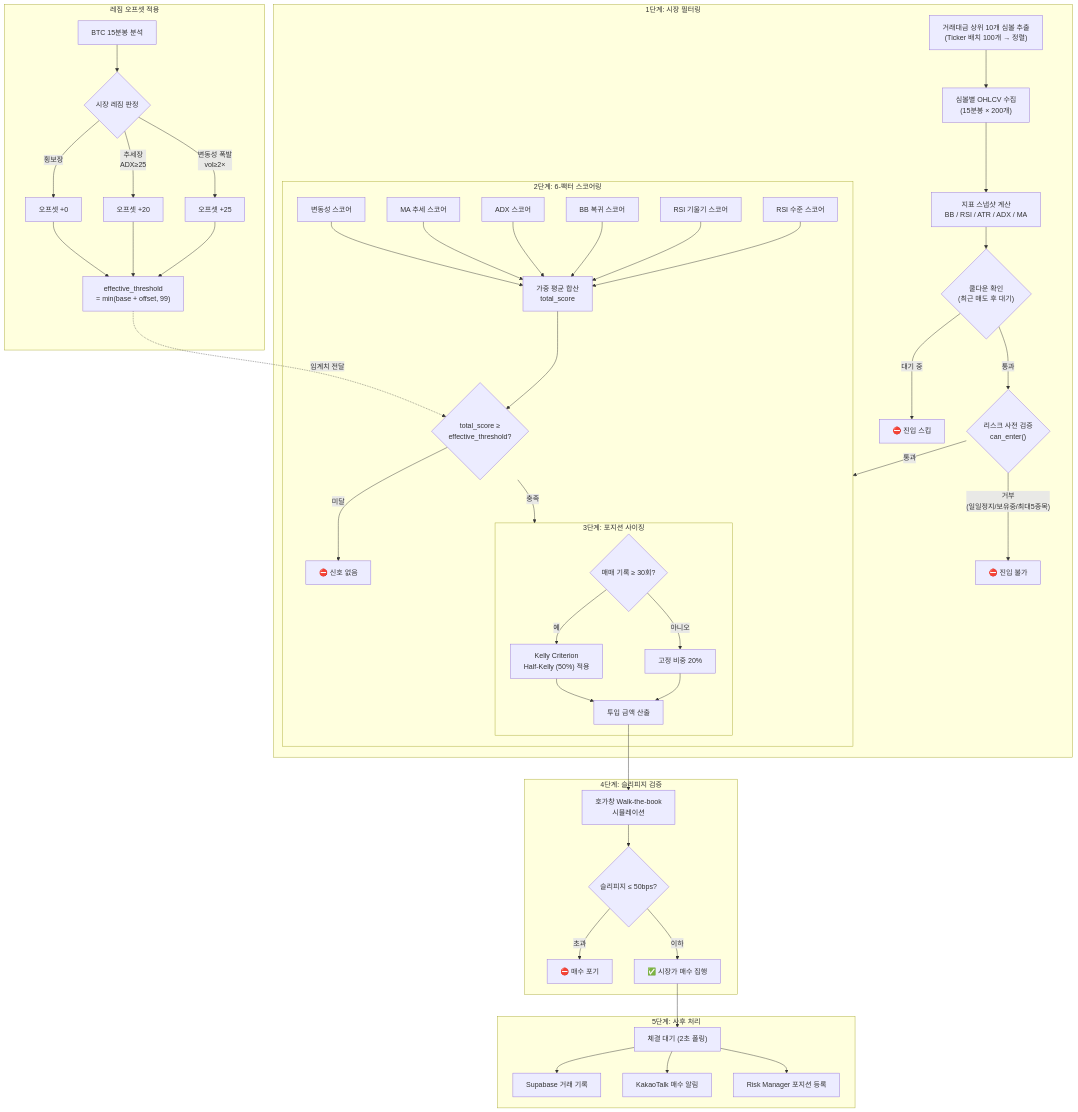
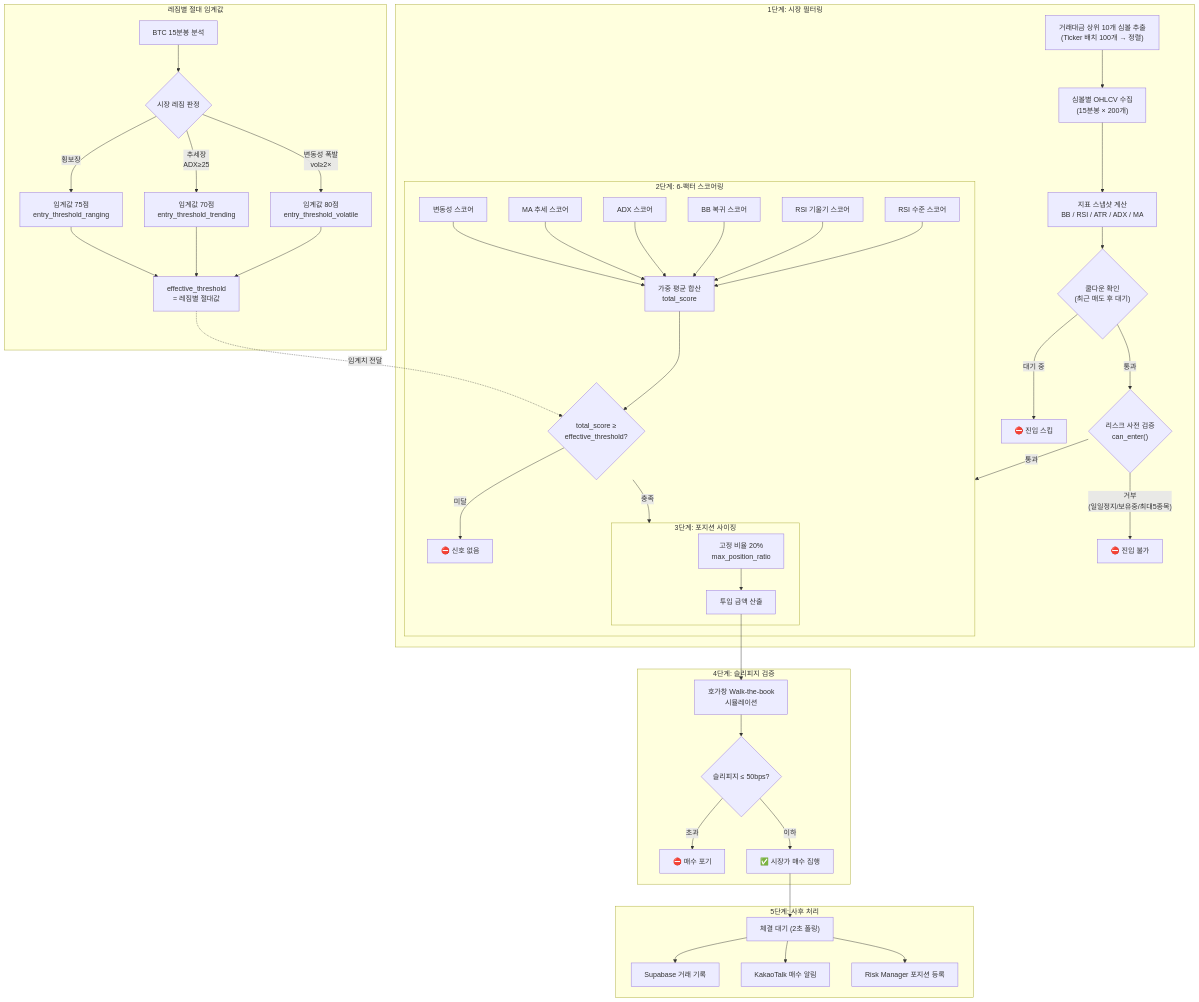
Before and after one commit to blackstarzck/zenith: the first of 2 diagrams in docs/Algorithm_Specification.md, drawn with Mermaid. The commit also changed other lines of this file and 15 other files, not shown here.

````diff
--- a/docs/Algorithm_Specification.md
+++ b/docs/Algorithm_Specification.md
@@ -55,55 +60,53 @@
 ```mermaid
 flowchart TD
     subgraph FILTER["1단계: 시장 필터링"]
         F1["거래대금 상위 10개 심볼 추출<br/>(Ticker 배치 100개 → 정렬)"] --> F2["심볼별 OHLCV 수집<br/>(15분봉 × 200개)"]
         F2 --> F3["지표 스냅샷 계산<br/>BB / RSI / ATR / ADX / MA"]
         F3 --> F4{"쿨다운 확인<br/>(최근 매도 후 대기)"}
         F4 -->|"대기 중"| F4X["⛔ 진입 스킵"]
         F4 -->|"통과"| F5{"리스크 사전 검증<br/>can_enter()"}
         F5 -->|"거부<br/>(일일정지/보유중/최대5종목)"| F5X["⛔ 진입 불가"]
         F5 -->|"통과"| SCORE
     end
 
     subgraph SCORE["2단계: 6-팩터 스코어링"]
         S1["변동성 스코어"] --> S7["가중 평균 합산<br/>total_score"]
         S2["MA 추세 스코어"] --> S7
         S3["ADX 스코어"] --> S7
         S4["BB 복귀 스코어"] --> S7
         S5["RSI 기울기 스코어"] --> S7
         S6["RSI 수준 스코어"] --> S7
         S7 --> S8{"total_score ≥<br/>effective_threshold?"}
         S8 -->|"미달"| S8X["⛔ 신호 없음"]
         S8 -->|"충족"| SIZING
     end
 
-    subgraph REGIME["레짐 오프셋 적용"]
+    subgraph REGIME["레짐별 절대 임계값"]
         R1["BTC 15분봉 분석"] --> R2{"시장 레짐 판정"}
-        R2 -->|"횡보장"| R3["오프셋 +0"]
-        R2 -->|"추세장<br/>ADX≥25"| R4["오프셋 +20"]
-        R2 -->|"변동성 폭발<br/>vol≥2×"| R5["오프셋 +25"]
-        R3 & R4 & R5 --> R6["effective_threshold<br/>= min(base + offset, 99)"]
+        R2 -->|"횡보장"| R3["임계값 75점<br/>entry_threshold_ranging"]
+        R2 -->|"추세장<br/>ADX≥25"| R4["임계값 70점<br/>entry_threshold_trending"]
+        R2 -->|"변동성 폭발<br/>vol≥2×"| R5["임계값 80점<br/>entry_threshold_volatile"]
+        R3 & R4 & R5 --> R6["effective_threshold<br/>= 레짐별 절대값"]
     end
 
     R6 -.->|"임계치 전달"| S8
 
     subgraph SIZING["3단계: 포지션 사이징"]
-        K1{"매매 기록 ≥ 30회?"}
-        K1 -->|"예"| K2["Kelly Criterion<br/>Half-Kelly (50%) 적용"]
-        K1 -->|"아니오"| K3["고정 비중 20%"]
-        K2 & K3 --> K4["투입 금액 산출"]
+        K1["고정 비율 20%<br/>max_position_ratio"]
+        K1 --> K4["투입 금액 산출"]
     end
 
     subgraph SLIP["4단계: 슬리피지 검증"]
         K4 --> SL1["호가창 Walk-the-book<br/>시뮬레이션"]
         SL1 --> SL2{"슬리피지 ≤ 50bps?"}
         SL2 -->|"초과"| SL3["⛔ 매수 포기"]
         SL2 -->|"이하"| BUY["✅ 시장가 매수 집행"]
     end
 
     subgraph POST["5단계: 사후 처리"]
         BUY --> P1["체결 대기 (2초 폴링)"]
         P1 --> P2["Supabase 거래 기록"]
         P1 --> P3["KakaoTalk 매수 알림"]
         P1 --> P4["Risk Manager 포지션 등록"]
     end
 ```
````
